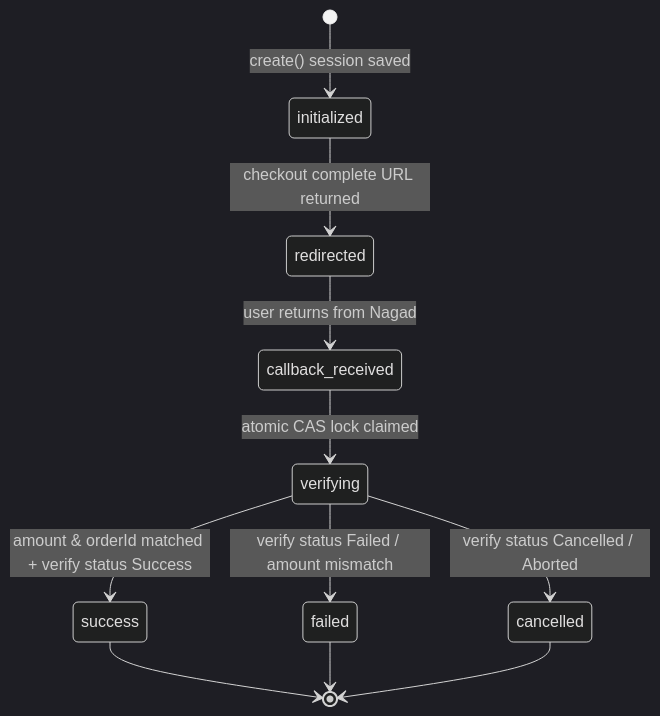
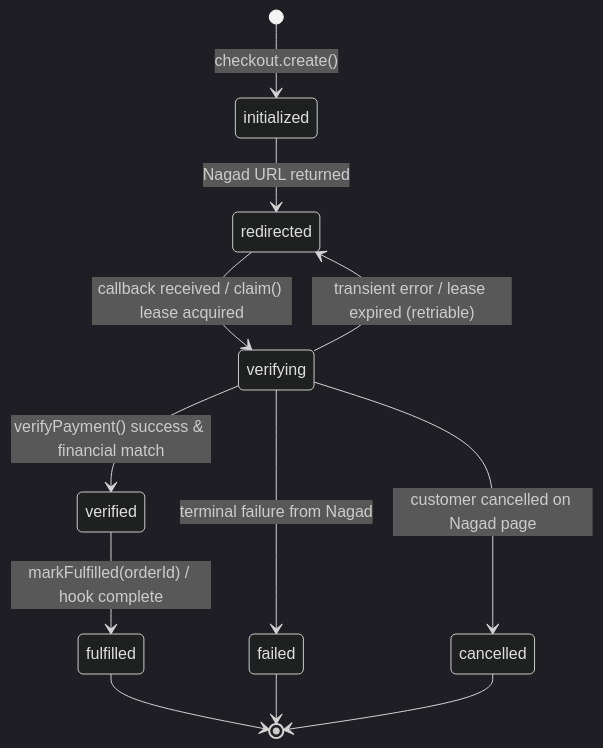
One commit to iamtashanto/Nagad changed the diagram in docs/DESIGN.md. Above: the diagram before and after it, drawn with Mermaid (dark theme). The commit also changed other lines of this file and 46 other files, not shown here.

Commit message:
feat: add nagad payment gateway server and simulator packages with full test coverage

````diff
--- a/docs/DESIGN.md
+++ b/docs/DESIGN.md
@@ -156,13 +162,14 @@
 ```mermaid
 stateDiagram-v2
-    [*] --> initialized: create() session saved
-    initialized --> redirected: checkout complete URL returned
-    redirected --> callback_received: user returns from Nagad
-    callback_received --> verifying: atomic CAS lock claimed
-    verifying --> success: amount & orderId matched + verify status Success
-    verifying --> failed: verify status Failed / amount mismatch
-    verifying --> cancelled: verify status Cancelled / Aborted
-    success --> [*]
+    [*] --> initialized: checkout.create()
+    initialized --> redirected: Nagad URL returned
+    redirected --> verifying: callback received / claim() lease acquired
+    verifying --> redirected: transient error / lease expired (retriable)
+    verifying --> verified: verifyPayment() success & financial match
+    verifying --> failed: terminal failure from Nagad
+    verifying --> cancelled: customer cancelled on Nagad page
+    verified --> fulfilled: markFulfilled(orderId) / hook complete
+    fulfilled --> [*]
     failed --> [*]
     cancelled --> [*]
 ```
````
